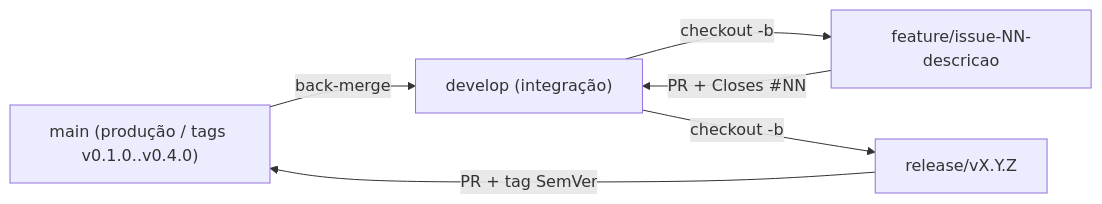
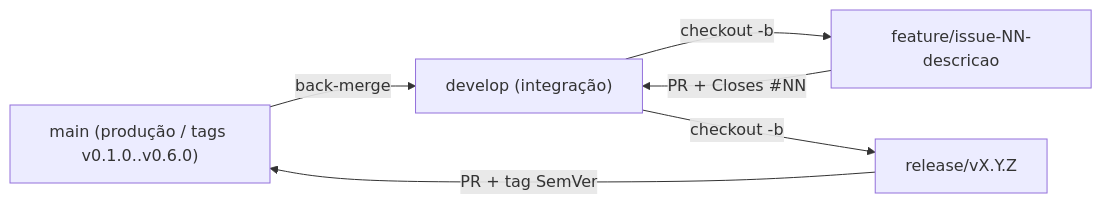
One commit to victoriazambomg/financeiro-pessoal changed the diagram in README.md. Above: the diagram before and after it, drawn with Mermaid. The commit also changed other lines of this file and 4 other files, not shown here.

````diff
--- a/README.md
+++ b/README.md
@@ -294,13 +144,13 @@
 ```mermaid
 flowchart LR
-    main["main (produção / tags v0.1.0..v0.4.0)"]
+    main["main (produção / tags v0.1.0..v0.6.0)"]
     develop["develop (integração)"]
     feat["feature/issue-NN-descricao"]
     rel["release/vX.Y.Z"]
 
     develop -->|checkout -b| feat
     feat -->|PR + Closes #NN| develop
     develop -->|checkout -b| rel
     rel -->|PR + tag SemVer| main
     main -->|back-merge| develop
 ```
````
